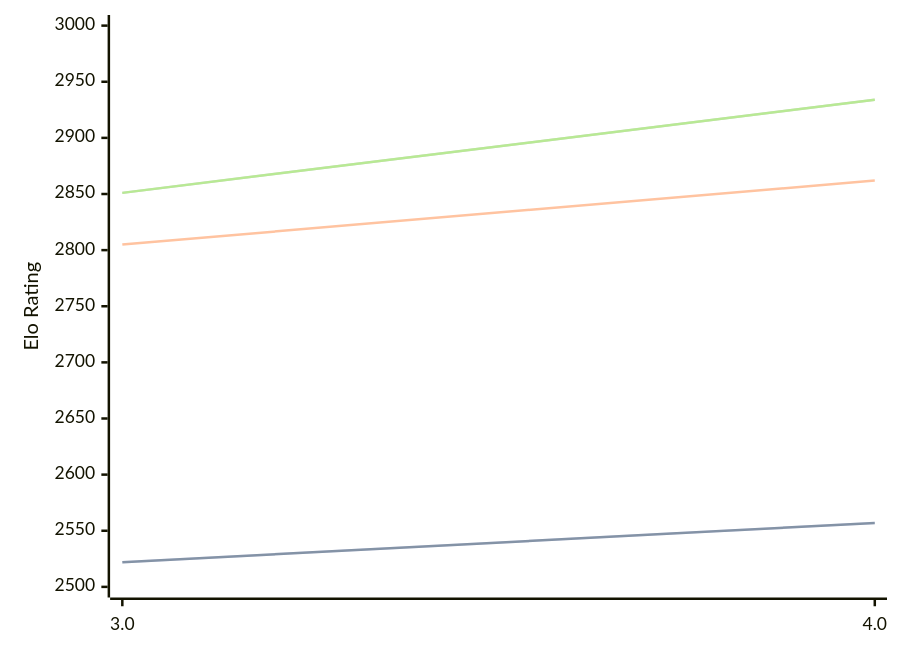
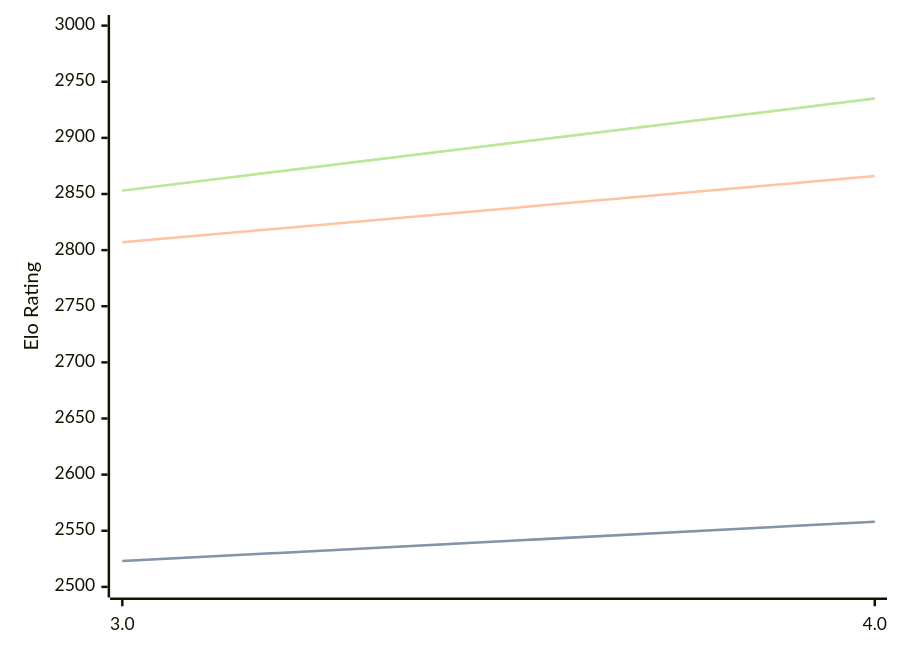
The diagram in engines/Chess3.md (computer-chess-index/cci), drawn with Mermaid before and after one commit. The commit also changed other lines of this file, not shown here.

Commit message:
Update CCI Ratings (ELO VLTC) - 2026-05-16

````diff
--- a/engines/Chess3.md
+++ b/engines/Chess3.md
@@ -34,11 +34,11 @@
 ```mermaid
 %%{init: {"theme":"base","themeVariables":{"seriesColors:['#a3a3a3','#222221','#faa371']}}}%%
 xychart-beta
   x-axis ["3.0", "4.0"]
   y-axis "Elo Rating" 2500 --> 3000
-  line "STC (8.0+0.08s)" [2522, 2557]
-  line "STC (8.0+0.08s)" [2522, 2557]
-  line "LTC (60.0+0.60s)" [2805, 2862]
-  line "VLTC (2m24s+1.12s)" [2851, 2934]
-  line "VLTC (2m24s+1.12s)" [2851, 2934]
+  line "STC (8.0+0.08s)" [2523, 2558]
+  line "STC (8.0+0.08s)" [2523, 2558]
+  line "LTC (60.0+0.60s)" [2807, 2866]
+  line "VLTC (2m24s+1.12s)" [2853, 2935]
+  line "VLTC (2m24s+1.12s)" [2853, 2935]
 ```
````
